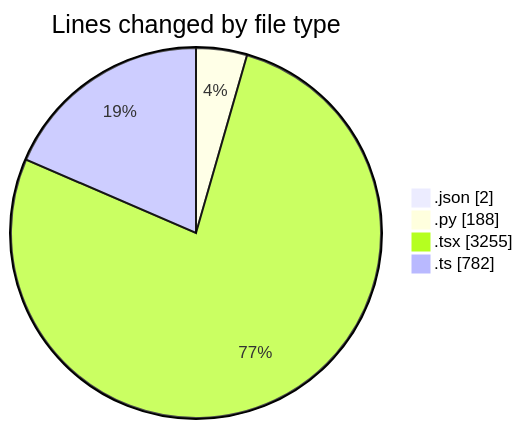
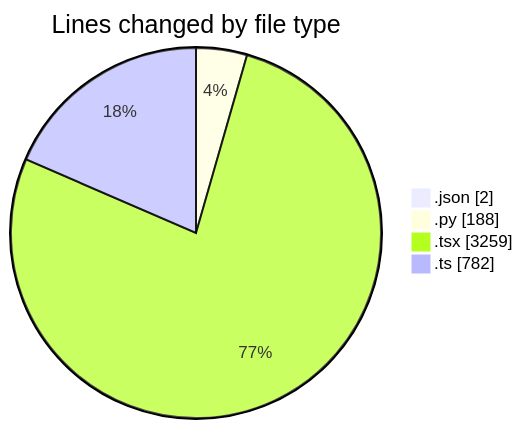
Before and after one commit to julien-gomy/code-tracking: the first of 2 diagrams in 2025-10-06/eventscop-frontend-guide__workspace_/README.md, drawn with Mermaid. The commit also changed other lines of this file and 1 other file, not shown here.

````diff
--- a/2025-10-06/eventscop-frontend-guide__workspace_/README.md
+++ b/2025-10-06/eventscop-frontend-guide__workspace_/README.md
@@ -47,8 +47,8 @@
 ```mermaid
 pie showData
 title Lines changed by file type
 ".json" : 2
 ".py" : 188
-".tsx" : 3255
+".tsx" : 3259
 ".ts" : 782
 ```
````
